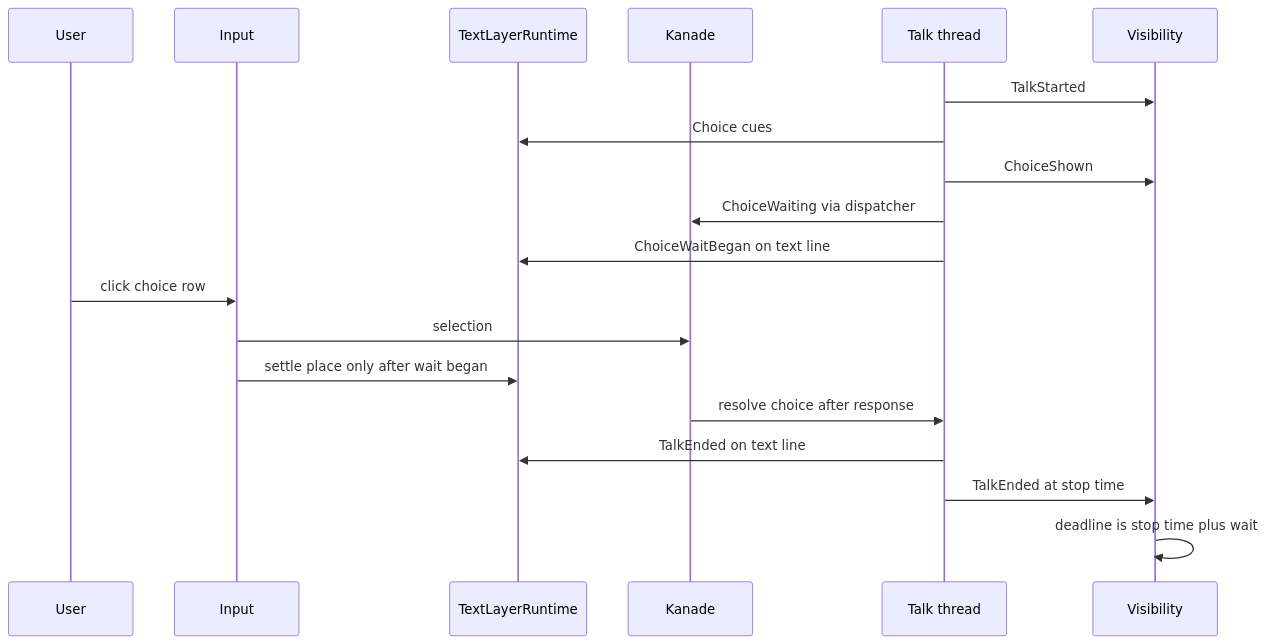
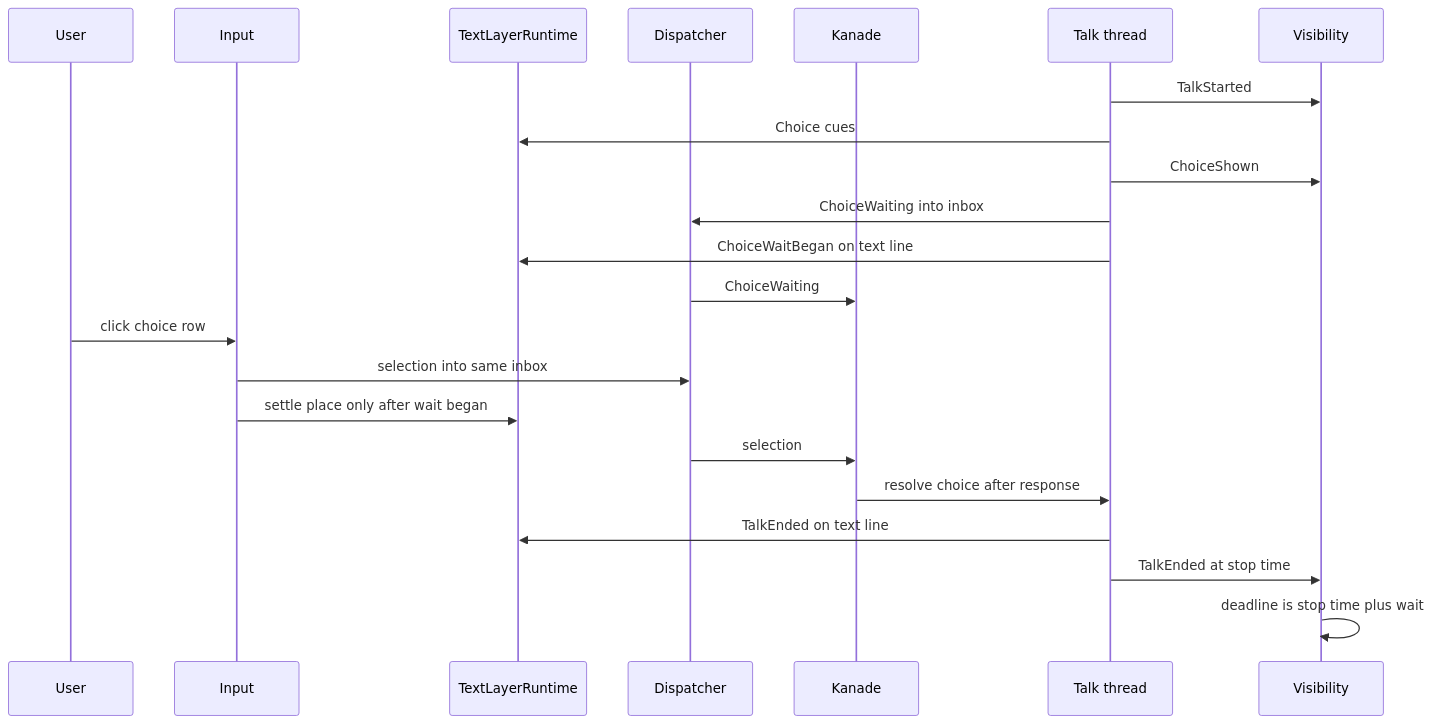
Before and after one commit to ekicyou/areka: the second of 4 diagrams in .kiro/specs/areka-P0-balloon-text-bugs/design.md, drawn with Mermaid. The commit also changed other lines of this file and 2 other files, not shown here.

Commit message:
docs(areka-P0-balloon-text-bugs): 押下の選択を dispatcher 経由にして選択待ちとの順を保証する（開発者の裁定・案 (b)）

````diff
--- a/.kiro/specs/areka-P0-balloon-text-bugs/design.md
+++ b/.kiro/specs/areka-P0-balloon-text-bugs/design.md
@@ -185,21 +195,24 @@
 ```mermaid
 sequenceDiagram
     participant User
     participant Input
     participant Runtime as TextLayerRuntime
+    participant Disp as Dispatcher
     participant Kanade
     participant Talk as Talk thread
     participant Vis as Visibility
     Talk->>Vis: TalkStarted
     Talk->>Runtime: Choice cues
     Talk->>Vis: ChoiceShown
-    Talk->>Kanade: ChoiceWaiting via dispatcher
+    Talk->>Disp: ChoiceWaiting into inbox
     Talk->>Runtime: ChoiceWaitBegan on text line
+    Disp->>Kanade: ChoiceWaiting
     User->>Input: click choice row
-    Input->>Kanade: selection
+    Input->>Disp: selection into same inbox
     Input->>Runtime: settle place only after wait began
+    Disp->>Kanade: selection
     Kanade->>Talk: resolve choice after response
     Talk->>Runtime: TalkEnded on text line
     Talk->>Vis: TalkEnded at stop time
     Vis->>Vis: deadline is stop time plus wait
 ```
````
